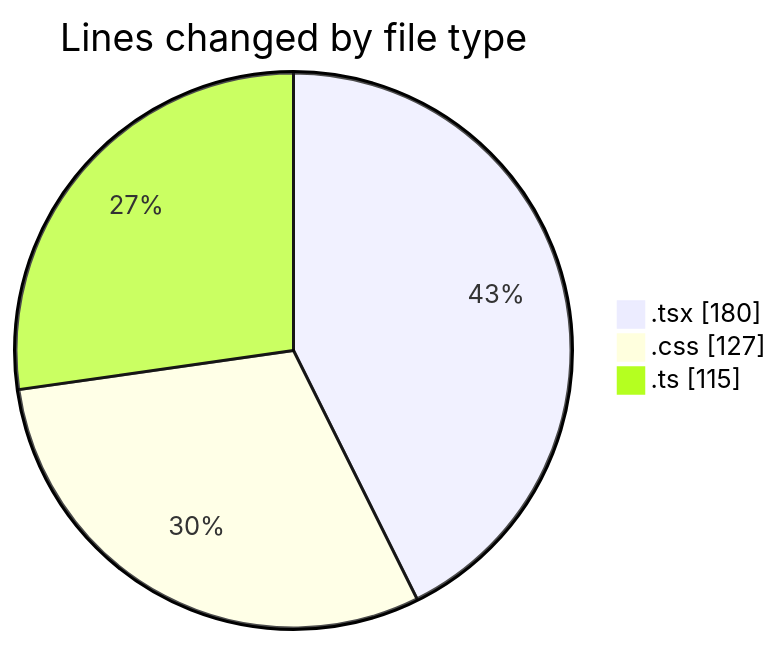
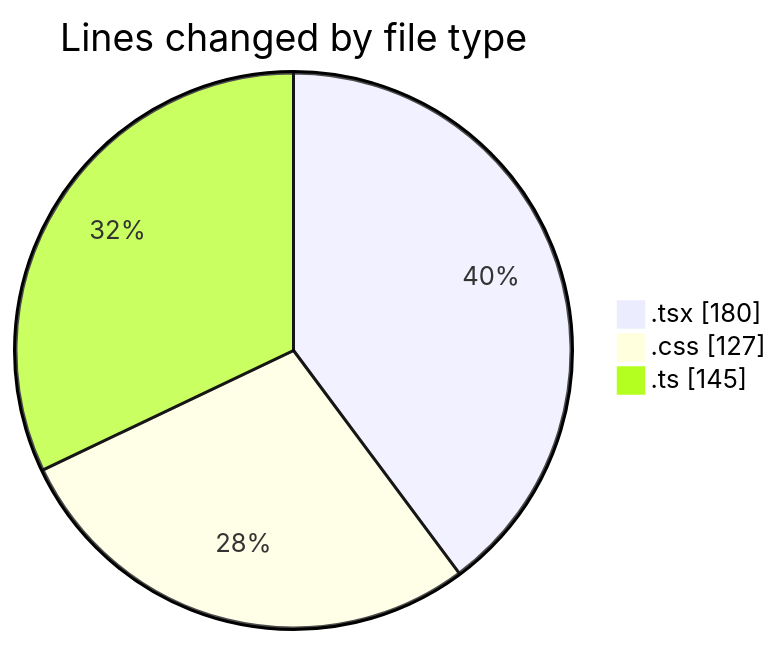
The first of 2 diagrams in 2025-01-09/mbc-web/README.md (robertbonfada/code-tracking), drawn with Mermaid before and after one commit. The commit also changed other lines of this file and 1 other file, not shown here.

````diff
--- a/2025-01-09/mbc-web/README.md
+++ b/2025-01-09/mbc-web/README.md
@@ -29,7 +29,7 @@
 ```mermaid
 pie showData
 title Lines changed by file type
 ".tsx" : 180
 ".css" : 127
-".ts" : 115
+".ts" : 145
 ```
````
